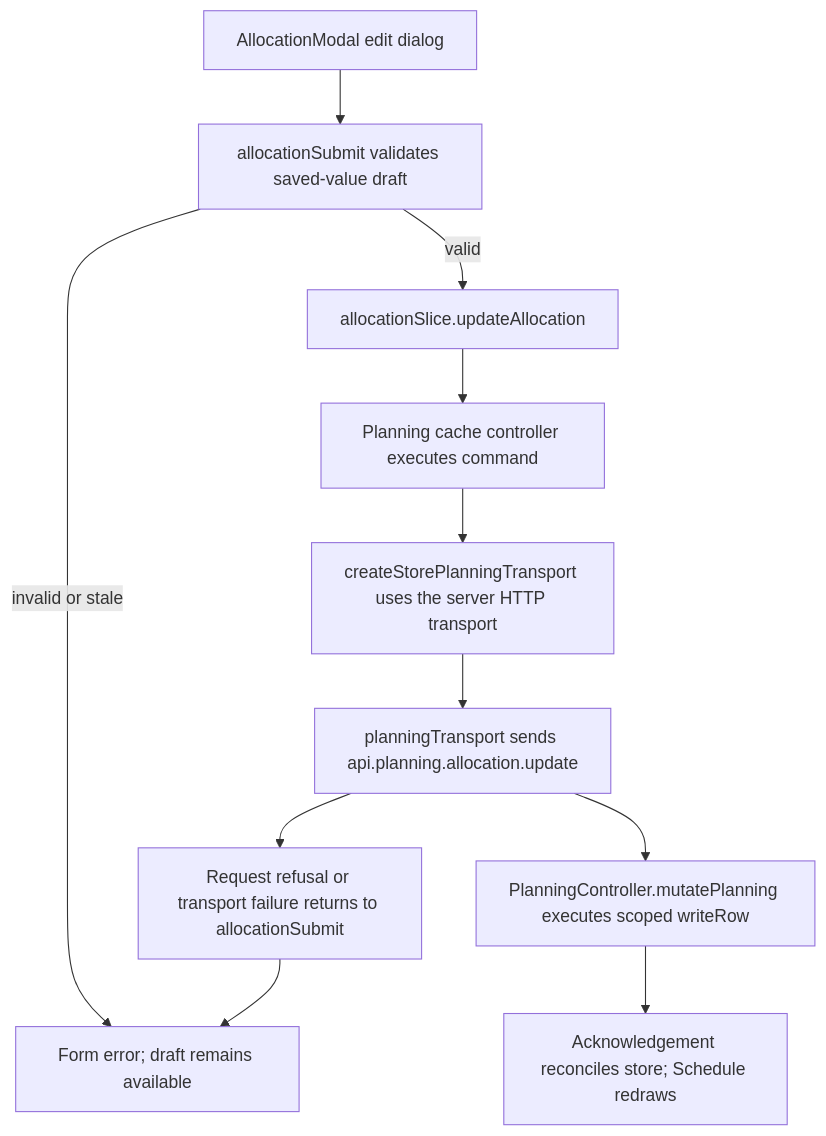
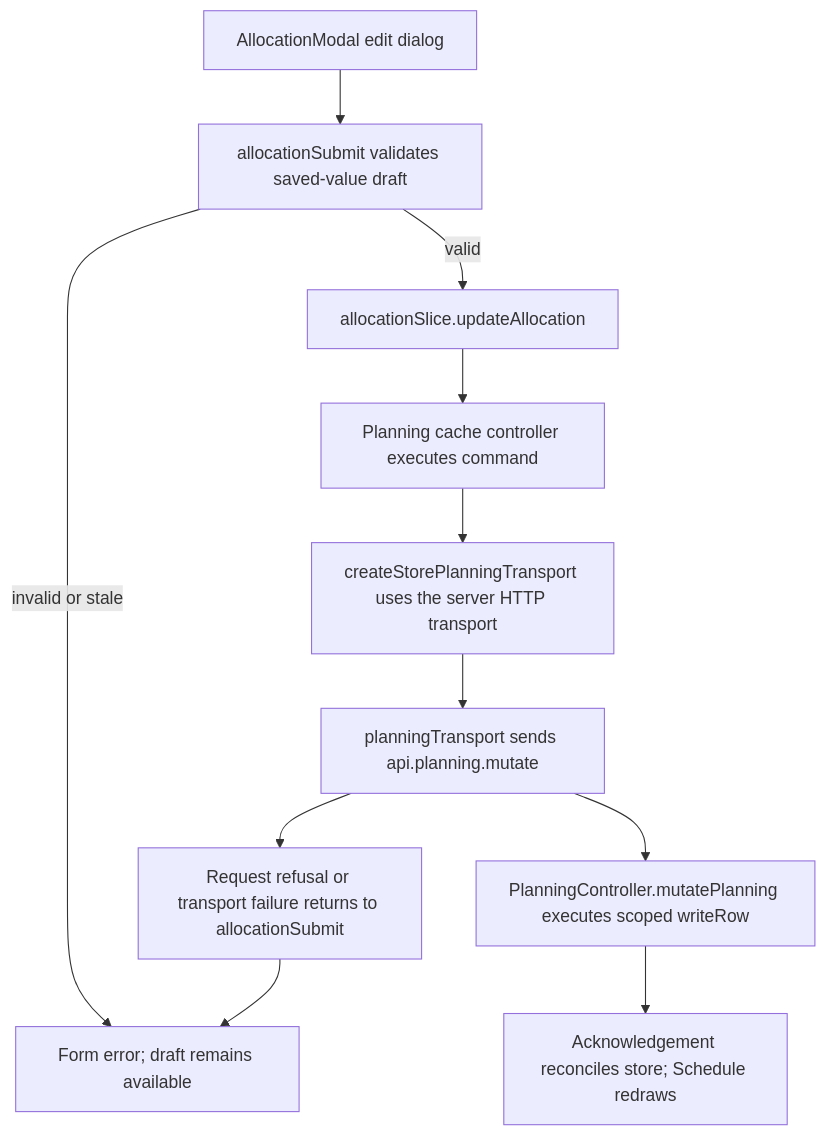
One commit to Kevinjohn/capacitylens changed the second of 2 diagrams in user-stories/allocation/US-ALL-02-edit.md. Above: the diagram before and after it, drawn with Mermaid. The commit also changed 115 other files, not shown here.

````diff
--- a/user-stories/allocation/US-ALL-02-edit.md
+++ b/user-stories/allocation/US-ALL-02-edit.md
@@ -51,13 +51,13 @@
 ```mermaid
 flowchart TD
   A["AllocationModal edit dialog"] --> B["allocationSubmit validates saved-value draft"]
   B -->|valid| C["allocationSlice.updateAllocation"]
   B -->|invalid or stale| I["Form error; saved row remains"]
   C --> D["Planning cache controller executes command"]
   D --> E["createStorePlanningTransport uses the server HTTP transport"]
-  E --> F["planningTransport sends api.planning.allocation.update"]
+  E --> F["planningTransport sends api.planning.mutate"]
   F --> J["Request refusal or transport failure returns to allocationSubmit"]
   J --> I["Form error; draft remains available"]
   F --> G["PlanningController.mutatePlanning executes scoped writeRow"]
   G --> H["Acknowledgement reconciles store; Schedule redraws"]
 ```
````
